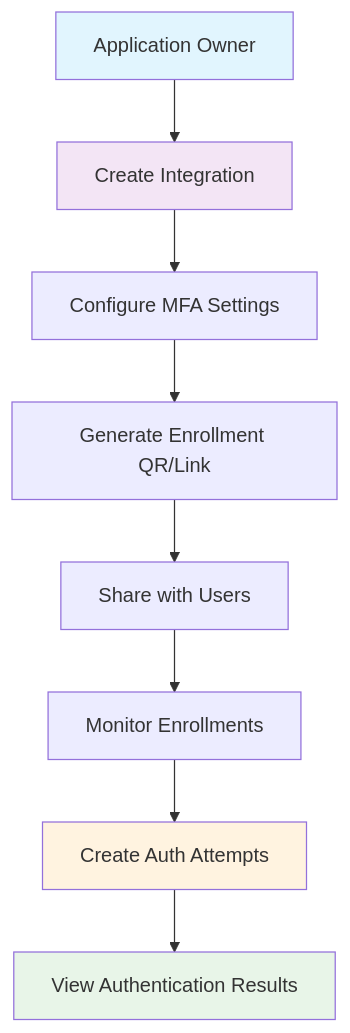
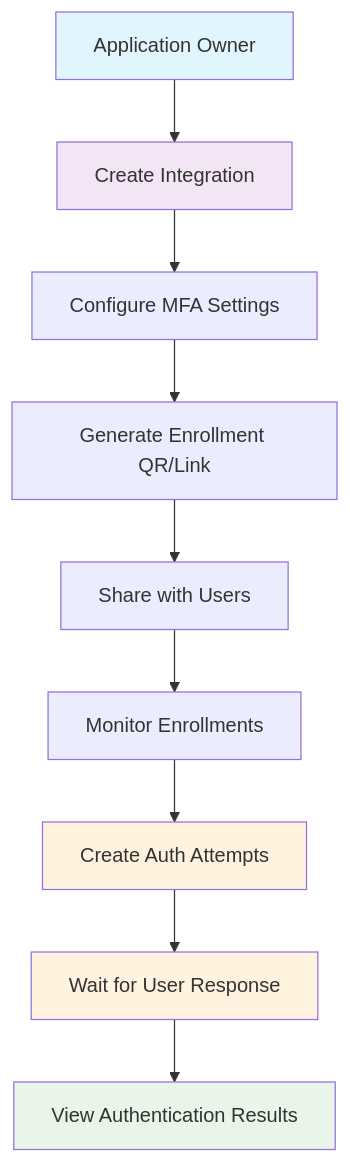
Before and after one commit to mgagp/ezkey: the sixth of 11 diagrams in README.md, drawn with Mermaid. The commit also changed other lines of this file, not shown here.

First line of the commit message:
docs: update README to reflect changes in Ezkey's features and Wait API

````diff
--- a/README.md
+++ b/README.md
@@ -218,15 +234,17 @@
 ```mermaid
 flowchart TD
     A[Application Owner] --> B[Create Integration]
     B --> C[Configure MFA Settings]
     C --> D[Generate Enrollment QR/Link]
     D --> E[Share with Users]
     E --> F[Monitor Enrollments]
     F --> G[Create Auth Attempts]
-    G --> H[View Authentication Results]
+    G --> H[Wait for User Response]
+    H --> I[View Authentication Results]
     
     style A fill:#e1f5fe
     style B fill:#f3e5f5
     style G fill:#fff3e0
-    style H fill:#e8f5e8
+    style H fill:#fff3e0
+    style I fill:#e8f5e8
 ```
````
